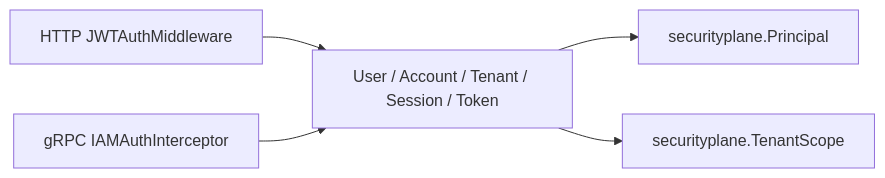
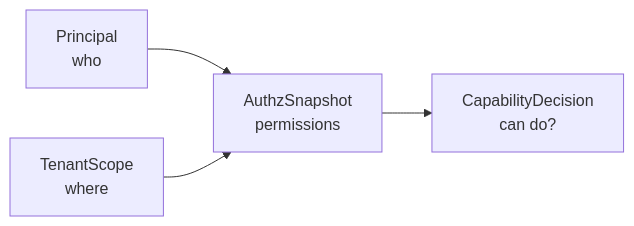
The fourth of 4 diagrams in docs/03-基础设施/security/01-Principal与TenantScope.md (FangcunMount/qs-server), drawn with Mermaid before and after one commit. The commit also changed other lines of this file and 6 other files, not shown here.

````diff
--- a/docs/03-基础设施/security/01-Principal与TenantScope.md
+++ b/docs/03-基础设施/security/01-Principal与TenantScope.md
@@ -62,13 +489,11 @@
 ```mermaid
 flowchart LR
-    HTTPJWT["HTTP JWTAuthMiddleware"]
-    GRPCJWT["gRPC IAMAuthInterceptor"]
-    Claims["User / Account / Tenant / Session / Token"]
-    Principal["securityplane.Principal"]
-    Scope["securityplane.TenantScope"]
+    principal["Principal<br/>who"]
+    scope["TenantScope<br/>where"]
+    snapshot["AuthzSnapshot<br/>permissions"]
+    decision["CapabilityDecision<br/>can do?"]
 
-    HTTPJWT --> Claims
-    GRPCJWT --> Claims
-    Claims --> Principal
-    Claims --> Scope
+    principal --> snapshot
+    scope --> snapshot
+    snapshot --> decision
 ```
````
